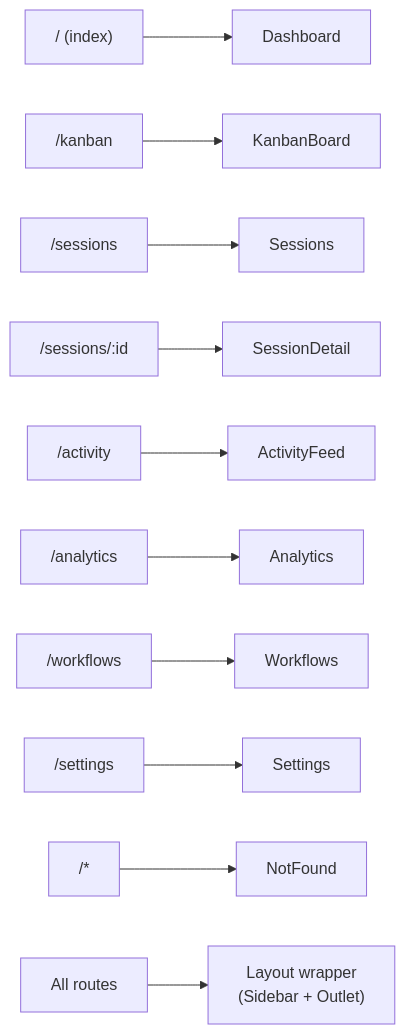
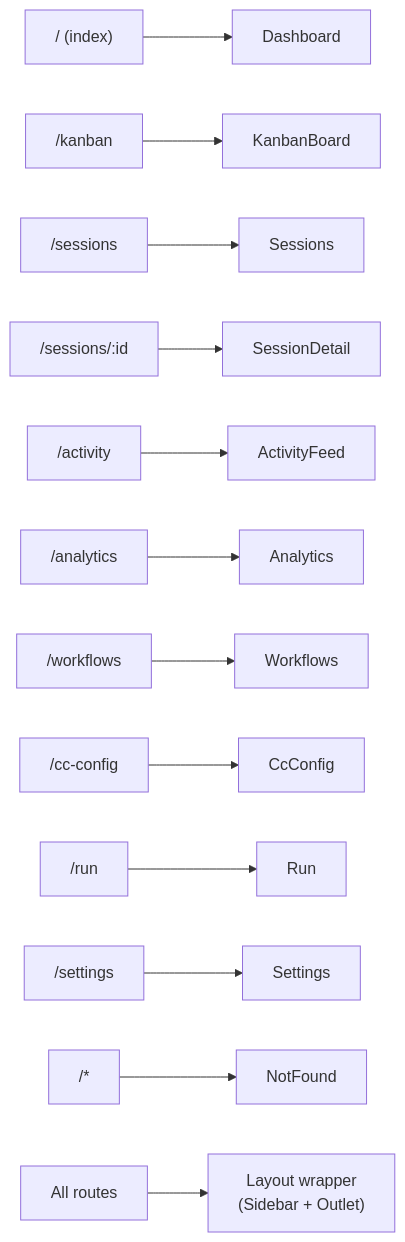
Before and after one commit to StrainReviews/Claude-Code-Agent-Monitor: the ninth of 38 diagrams in ARCHITECTURE.md, drawn with Mermaid. The commit also changed other lines of this file and 68 other files, not shown here.

````diff
--- a/ARCHITECTURE.md
+++ b/ARCHITECTURE.md
@@ -487,14 +494,16 @@
 ```mermaid
 graph LR
     ROOT["/ (index)"] --> DASH[Dashboard]
     KANBAN_R["/kanban"] --> KANBAN[KanbanBoard]
     SESS_R["/sessions"] --> SESS[Sessions]
     DETAIL_R["/sessions/:id"] --> DETAIL[SessionDetail]
     ACT_R["/activity"] --> ACT[ActivityFeed]
     AN_R["/analytics"] --> AN[Analytics]
     WF_R["/workflows"] --> WF[Workflows]
+    CC_R["/cc-config"] --> CC[CcConfig]
+    RUN_R["/run"] --> RUN[Run]
     SET_R["/settings"] --> SET[Settings]
     NF_R["/*"] --> NF[NotFound]
 
     ALL["All routes"] --> LAYOUT["Layout wrapper<br/>(Sidebar + Outlet)"]
 ```
````
